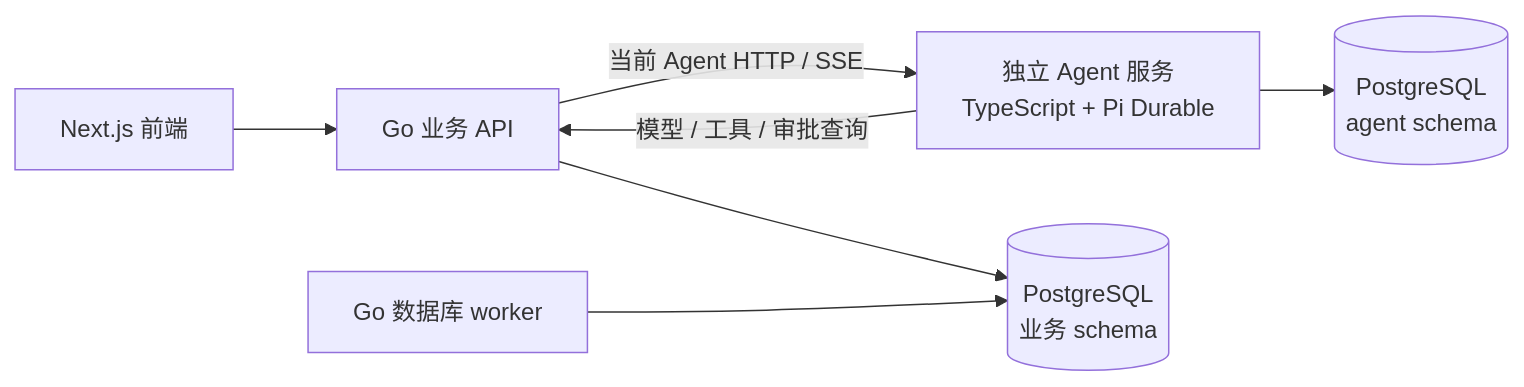
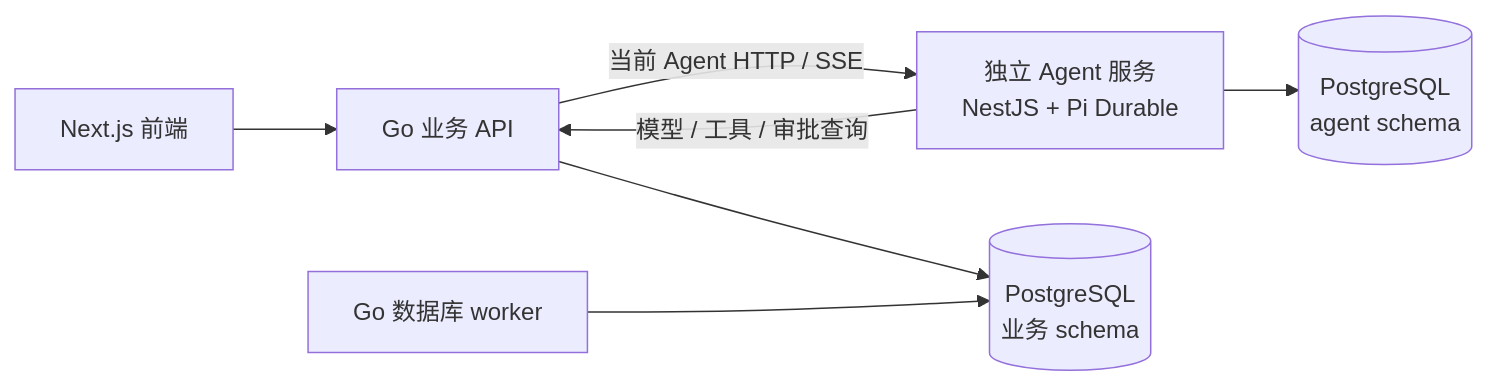
The first of 2 diagrams in docs/design/32-完整创作AgentHarness与Skill多Agent架构设计.md (StephenQiu30/glowloom), drawn with Mermaid before and after one commit. The commit also changed other lines of this file and 121 other files, not shown here.

Commit message:
impl(agent): 迁移 NestJS 并收拢服务目录

````diff
--- a/docs/design/32-完整创作AgentHarness与Skill多Agent架构设计.md
+++ b/docs/design/32-完整创作AgentHarness与Skill多Agent架构设计.md
@@ -163,9 +127,9 @@
 ```mermaid
 flowchart LR
   UI[Next.js 前端] --> API[Go 业务 API]
-  API -->|当前 Agent HTTP / SSE| Agent[独立 Agent 服务<br/>TypeScript + Pi Durable]
+  API -->|当前 Agent HTTP / SSE| Agent[独立 Agent 服务<br/>NestJS + Pi Durable]
   Agent -->|模型 / 工具 / 审批查询| API
   Agent --> AR[(PostgreSQL<br/>agent schema)]
   API --> BR[(PostgreSQL<br/>业务 schema)]
   Workers[Go 数据库 worker] --> BR
 ```
````
